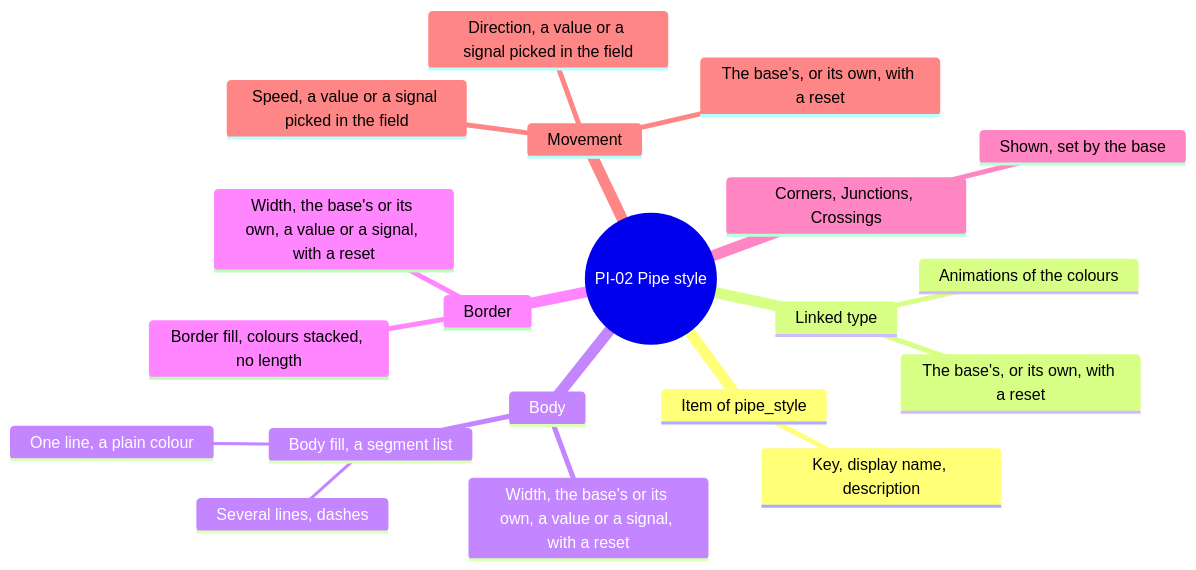
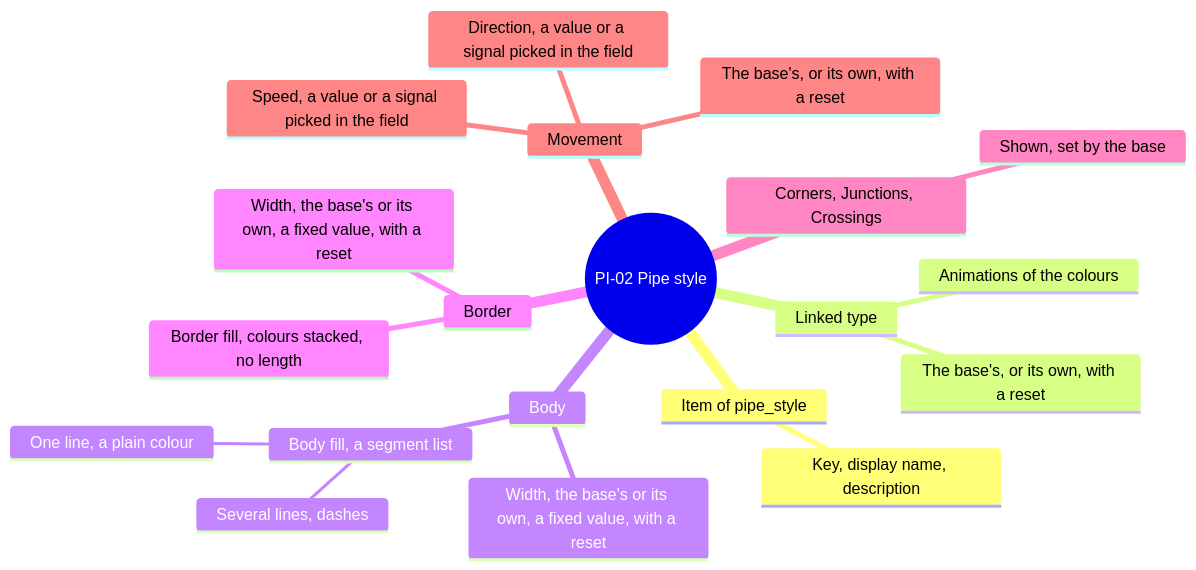
One commit to AlexandreGallais/synoptic-studio-spec changed the fourth of 6 diagrams in screens/pipes.md. Above: the diagram before and after it, drawn with Mermaid. The commit also changed other lines of this file and 5 other files, not shown here.

````diff
--- a/screens/pipes.md
+++ b/screens/pipes.md
@@ -94,23 +94,23 @@
 ```mermaid
 mindmap
   root((PI-02 Pipe style))
     Item of pipe_style
       Key, display name, description
     Linked type
       The base's, or its own, with a reset
       Animations of the colours
     Body
-      Width, the base's or its own, a value or a signal, with a reset
+      Width, the base's or its own, a fixed value, with a reset
       Body fill, a segment list
         One line, a plain colour
         Several lines, dashes
     Border
-      Width, the base's or its own, a value or a signal, with a reset
+      Width, the base's or its own, a fixed value, with a reset
       Border fill, colours stacked, no length
     Corners, Junctions, Crossings
       Shown, set by the base
     Movement
       The base's, or its own, with a reset
       Direction, a value or a signal picked in the field
       Speed, a value or a signal picked in the field
 ```
````
